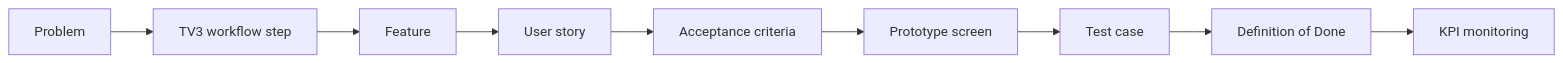
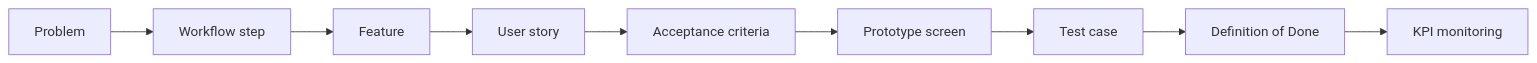
Before and after one commit to vntthanh/splitly: the first of 2 diagrams in docs/Project_Vision_and_Scope/Product_Backlog_and_Acceptance_Criteria.md, drawn with Mermaid. The commit also changed other lines of this file and 23 other files, not shown here.

````diff
--- a/docs/Project_Vision_and_Scope/Product_Backlog_and_Acceptance_Criteria.md
+++ b/docs/Project_Vision_and_Scope/Product_Backlog_and_Acceptance_Criteria.md
@@ -177,11 +177,11 @@
 ```mermaid
 flowchart LR
-    P[Problem] --> W[TV3 workflow step]
+    P[Problem] --> W[Workflow step]
     W --> F[Feature]
     F --> US[User story]
     US --> AC[Acceptance criteria]
     AC --> S[Prototype screen]
     S --> TC[Test case]
     TC --> D[Definition of Done]
     D --> K[KPI monitoring]
 ```
````
